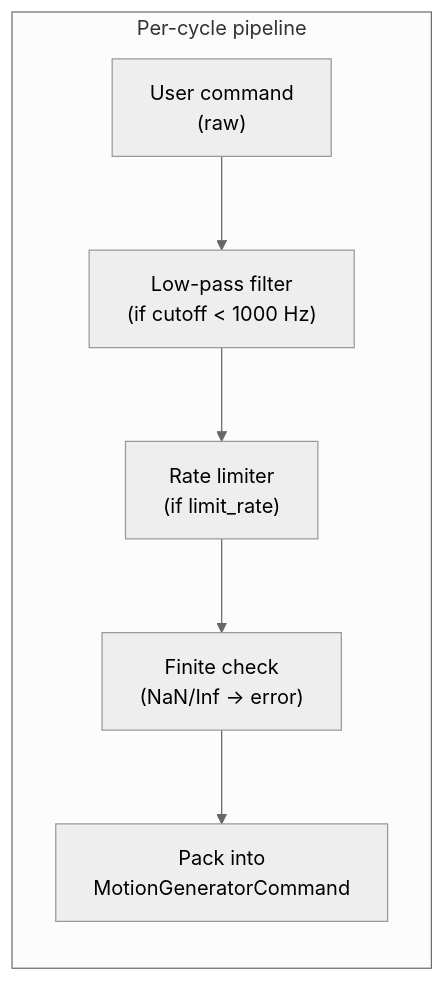
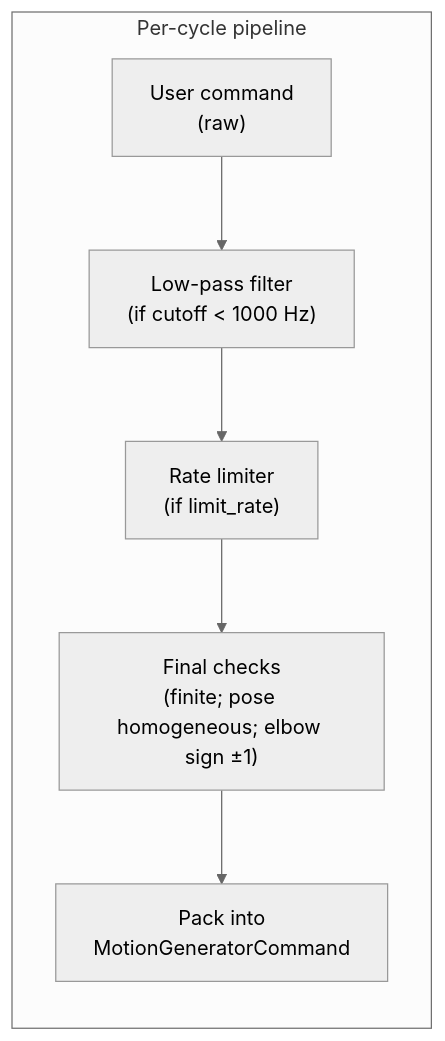
One commit to ColeTen/franka-rs changed the third of 4 diagrams in docs/src/modules/control-loop.md. Above: the diagram before and after it, drawn with Mermaid (neutral theme). The commit also changed other lines of this file and 43 other files, not shown here.

````diff
--- a/docs/src/modules/control-loop.md
+++ b/docs/src/modules/control-loop.md
@@ -113,9 +132,9 @@
 ```mermaid
 flowchart LR
     subgraph "Per-cycle pipeline"
         RAW["User command<br/>(raw)"] --> FILTER["Low-pass filter<br/>(if cutoff < 1000 Hz)"]
         FILTER --> RATE["Rate limiter<br/>(if limit_rate)"]
-        RATE --> VALID["Finite check<br/>(NaN/Inf → error)"]
+        RATE --> VALID["Final checks<br/>(finite; pose homogeneous; elbow sign ±1)"]
         VALID --> PACK["Pack into<br/>MotionGeneratorCommand"]
     end
 ```
````
